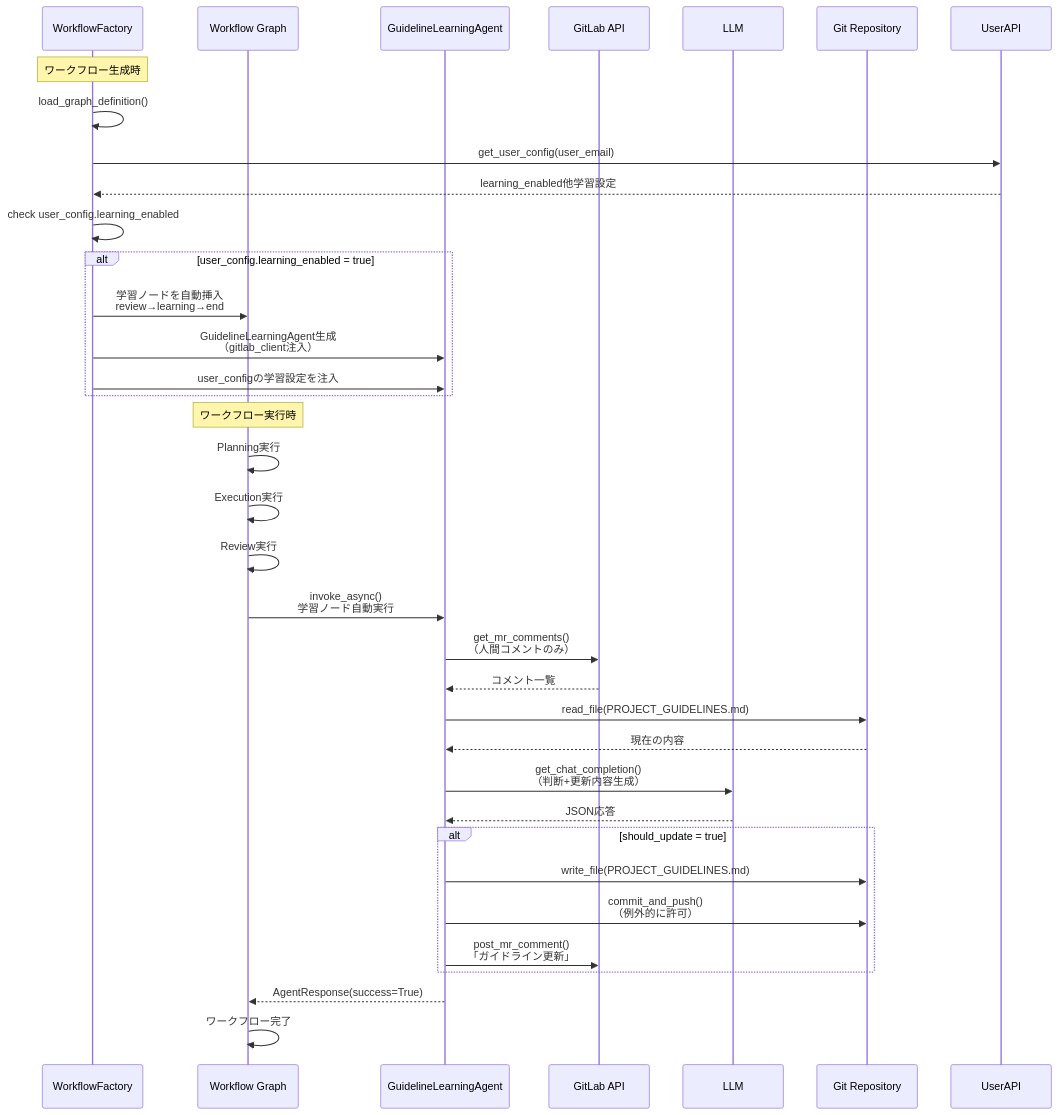
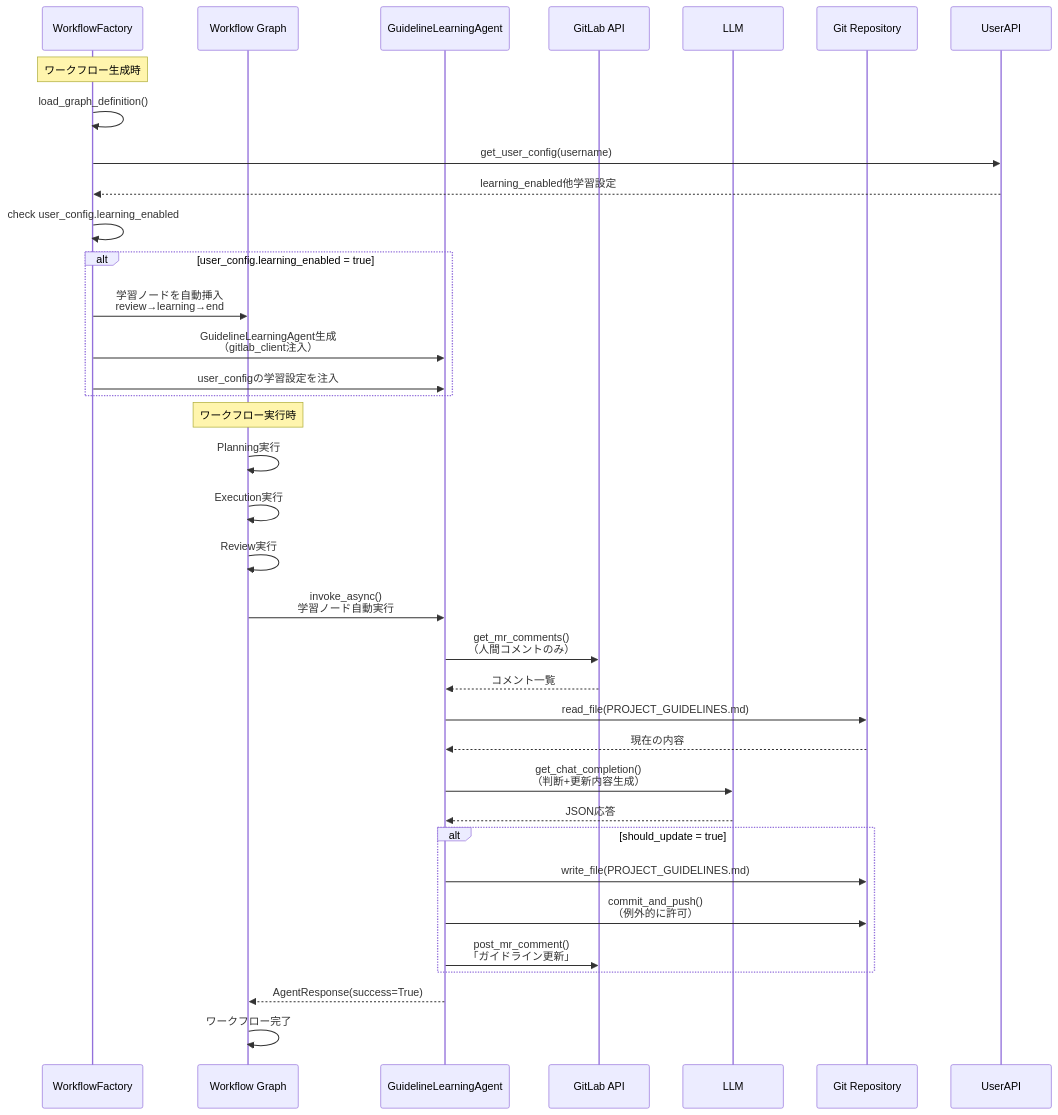
One commit to notfolder/CodeAgentOrchestrator changed diagram 14 of 15 in docs/AUTOMATA_CODEX_SPEC.md. Above: the diagram before and after it, drawn with Mermaid. The commit also changed other lines of this file and 5 other files, not shown here.

````diff
--- a/docs/AUTOMATA_CODEX_SPEC.md
+++ b/docs/AUTOMATA_CODEX_SPEC.md
@@ -3097,45 +3097,45 @@
 ```mermaid
 sequenceDiagram
     participant WF as WorkflowFactory
     participant Graph as Workflow Graph
     participant LA as GuidelineLearningAgent
     participant GL as GitLab API
     participant LLM as LLM
     participant Git as Git Repository
     
     Note over WF: ワークフロー生成時
     WF->>WF: load_graph_definition()
-    WF->>UserAPI: get_user_config(user_email)
+    WF->>UserAPI: get_user_config(username)
     UserAPI-->>WF: learning_enabled他学習設定
     WF->>WF: check user_config.learning_enabled
     
     alt user_config.learning_enabled = true
         WF->>Graph: 学習ノードを自動挿入<br/>review→learning→end
         WF->>LA: GuidelineLearningAgent生成<br/>（gitlab_client注入）
         WF->>LA: user_configの学習設定を注入
     end
     
     Note over Graph: ワークフロー実行時
     Graph->>Graph: Planning実行
     Graph->>Graph: Execution実行
     Graph->>Graph: Review実行
     Graph->>LA: invoke_async()<br/>学習ノード自動実行
     
     LA->>GL: get_mr_comments()<br/>（人間コメントのみ）
     GL-->>LA: コメント一覧
     
     LA->>Git: read_file(PROJECT_GUIDELINES.md)
     Git-->>LA: 現在の内容
     
     LA->>LLM: get_chat_completion()<br/>（判断+更新内容生成）
     LLM-->>LA: JSON応答
     
     alt should_update = true
         LA->>Git: write_file(PROJECT_GUIDELINES.md)
         LA->>Git: commit_and_push()<br/>（例外的に許可）
         LA->>GL: post_mr_comment()<br/>「ガイドライン更新」
     end
     
     LA-->>Graph: AgentResponse(success=True)
     Graph->>Graph: ワークフロー完了
 ```
````
